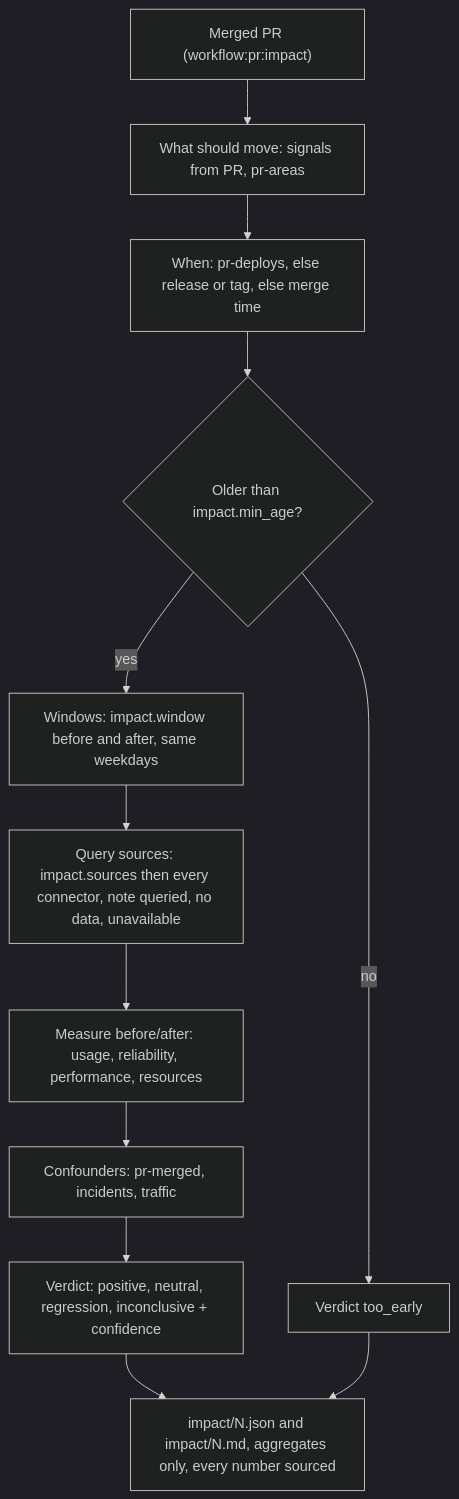
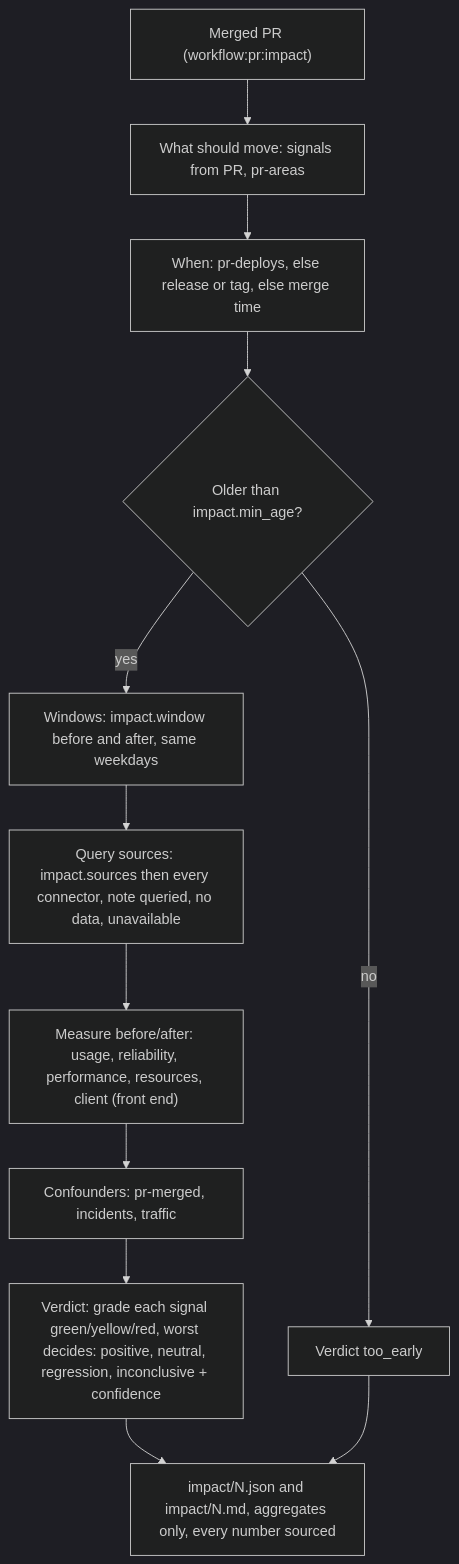
The fifth of 11 diagrams in src/agents/review/SCHEMA.md (nicolasmondain/adorno), drawn with Mermaid (dark theme) before and after one commit. The commit also changed 10 other files, not shown here.

First line of the commit message:
feat(agents): grade the impact verdict on thresholds and list deploy risks in PRs (#21)

````diff
--- a/src/agents/review/SCHEMA.md
+++ b/src/agents/review/SCHEMA.md
@@ -72,14 +72,14 @@
 ```mermaid
 flowchart TD
   A["Merged PR (workflow:pr:impact)"] --> B["What should move: signals from PR, pr-areas"]
   B --> C["When: pr-deploys, else release or tag, else merge time"]
   C --> D{"Older than impact.min_age?"}
   D -->|"no"| T["Verdict too_early"]
   D -->|"yes"| E["Windows: impact.window before and after, same weekdays"]
   E --> F["Query sources: impact.sources then every connector, note queried, no data, unavailable"]
-  F --> G["Measure before/after: usage, reliability, performance, resources"]
+  F --> G["Measure before/after: usage, reliability, performance, resources, client (front end)"]
   G --> H["Confounders: pr-merged, incidents, traffic"]
-  H --> I["Verdict: positive, neutral, regression, inconclusive + confidence"]
+  H --> I["Verdict: grade each signal green/yellow/red, worst decides: positive, neutral, regression, inconclusive + confidence"]
   I --> J["impact/N.json and impact/N.md, aggregates only, every number sourced"]
   T --> J
 ```
````
